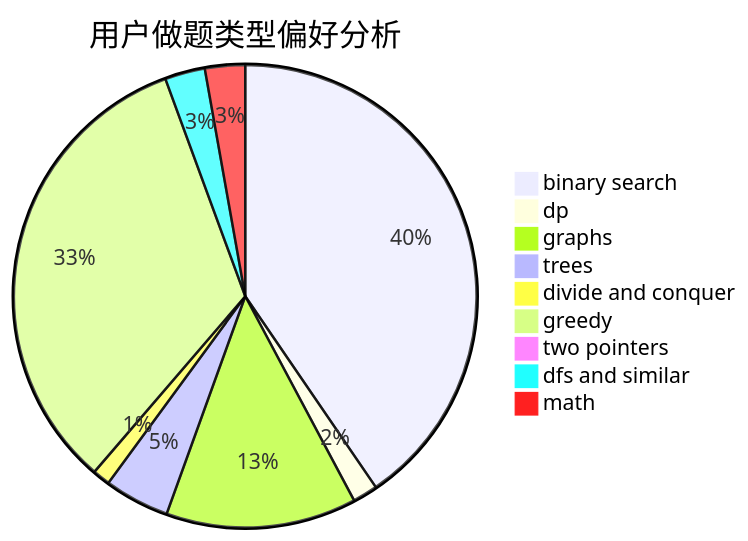
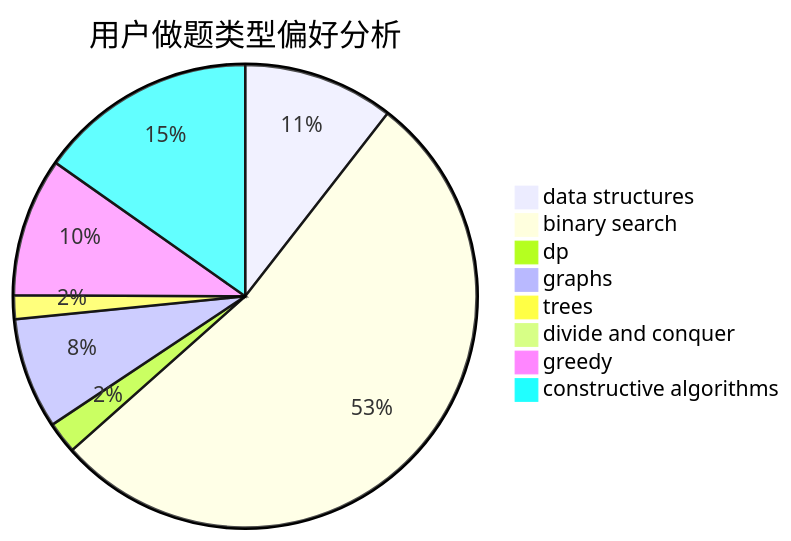
The second of 3 diagrams in docs/user/u1713.md (sherpahu/cfrs.github.io), drawn with Mermaid before and after one commit. The commit also changed other lines of this file and 2775 other files, not shown here.

````diff
--- a/docs/user/u1713.md
+++ b/docs/user/u1713.md
@@ -23,12 +23,11 @@
 ```mermaid
 pie title 用户做题类型偏好分析
-    "binary search" :  231
-    "dp" :  10
-    "graphs" :  76
-    "trees" :  26
-    "divide and conquer" :  7
-    "greedy" :  189
-    "two pointers" :  2
-    "dfs and similar" :  16
-    "math" :  16
+    "data structures" :  38
+    "binary search" :  191
+    "dp" :  8
+    "graphs" :  28
+    "trees" :  6
+    "divide and conquer" :  0
+    "greedy" :  35
+    "constructive algorithms" :  55
 ```
````
